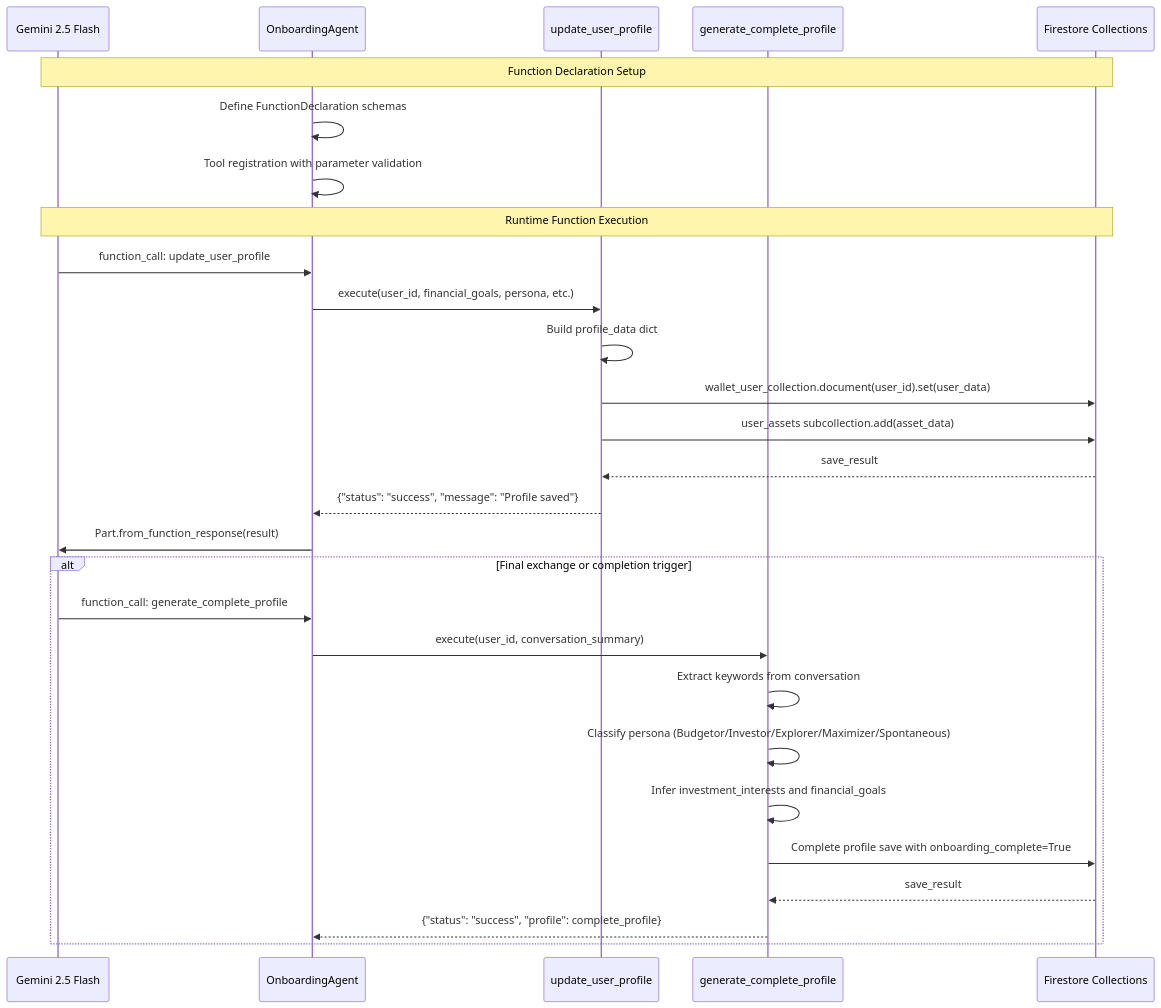
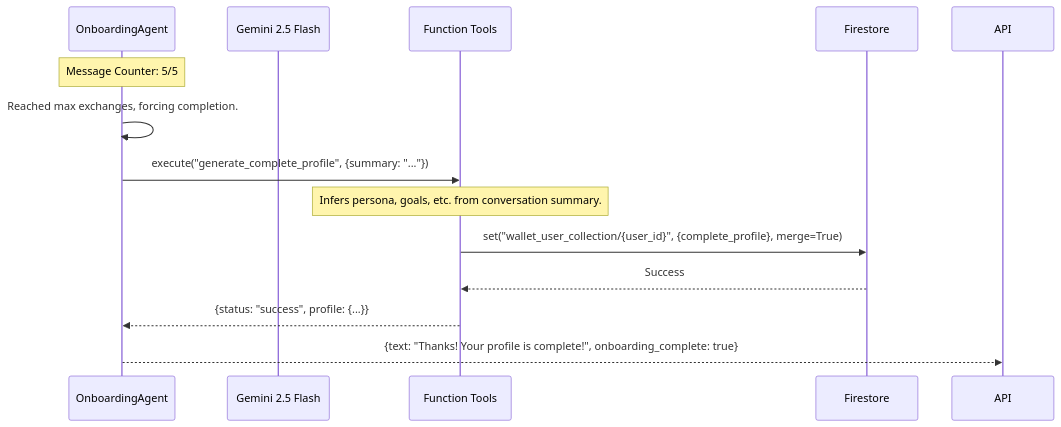
Before and after one commit to tsathya98/WalleteriumImperium: the second of 2 diagrams in agents/onboarding_agent/README.md, drawn with Mermaid. The commit also changed other lines of this file and 7 other files, not shown here.

Commit message:
Remove weather_bot agent and related files; add test script for consolidated storage functionality in onboarding agent.

````diff
--- a/agents/onboarding_agent/README.md
+++ b/agents/onboarding_agent/README.md
@@ -216,36 +64,18 @@
 ```mermaid
 sequenceDiagram
+    participant Agent as OnboardingAgent
     participant Gemini as Gemini 2.5 Flash
-    participant Agent as OnboardingAgent
-    participant ProfileTool as update_user_profile
-    participant GenerateTool as generate_complete_profile
-    participant Firestore as Firestore Collections
+    participant Tools as Function Tools
+    participant Firestore
 
-    Note over Gemini,Firestore: Function Declaration Setup
-    Agent->>Agent: Define FunctionDeclaration schemas
-    Agent->>Agent: Tool registration with parameter validation
+    Note over Agent: Message Counter: 5/5
+    Agent->>Agent: Reached max exchanges, forcing completion.
+    Agent->>Tools: execute("generate_complete_profile", {summary: "..."})
     
-    Note over Gemini,Firestore: Runtime Function Execution
-    Gemini->>Agent: function_call: update_user_profile
-    Agent->>ProfileTool: execute(user_id, financial_goals, persona, etc.)
-    
-    ProfileTool->>ProfileTool: Build profile_data dict
-    ProfileTool->>Firestore: wallet_user_collection.document(user_id).set(user_data)
-    ProfileTool->>Firestore: user_assets subcollection.add(asset_data)
-    Firestore-->>ProfileTool: save_result
-    ProfileTool-->>Agent: {"status": "success", "message": "Profile saved"}
-    
-    Agent->>Gemini: Part.from_function_response(result)
-    
-    alt Final exchange or completion trigger
-        Gemini->>Agent: function_call: generate_complete_profile
-        Agent->>GenerateTool: execute(user_id, conversation_summary)
-        
-        GenerateTool->>GenerateTool: Extract keywords from conversation
-        GenerateTool->>GenerateTool: Classify persona (Budgetor/Investor/Explorer/Maximizer/Spontaneous)
-        GenerateTool->>GenerateTool: Infer investment_interests and financial_goals
-        GenerateTool->>Firestore: Complete profile save with onboarding_complete=True
-        Firestore-->>GenerateTool: save_result
-        GenerateTool-->>Agent: {"status": "success", "profile": complete_profile}
-    end
+    Note over Tools: Infers persona, goals, etc. from conversation summary.
+    Tools->>Firestore: set("wallet_user_collection/{user_id}", {complete_profile}, merge=True)
+    Firestore-->>Tools: Success
+    Tools-->>Agent: {status: "success", profile: {...}}
+
+    Agent-->>API: {text: "Thanks! Your profile is complete!", onboarding_complete: true}
 ```
````
